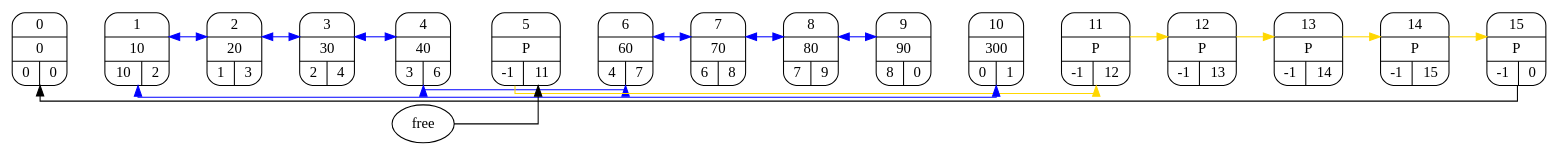
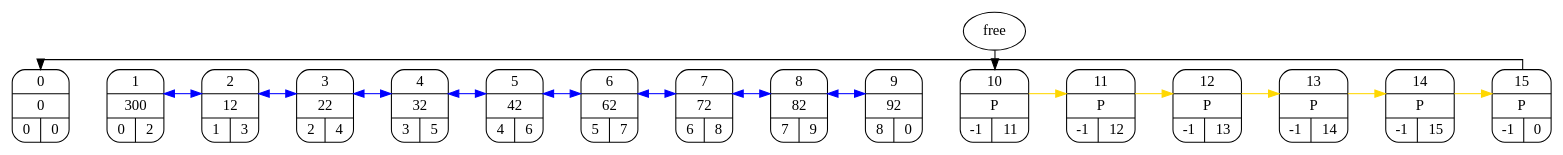
One commit to egorSharapov/List changed the diagram in out/input.dot. Above: the diagram before and after it, drawn with Graphviz. The commit also changed 5 other files, not shown here.

```diff
--- a/out/input.dot
+++ b/out/input.dot
@@ -1,44 +1,51 @@
 digraph {
-    splines=ortho;
-    node [nodesep = 0.8, width = 0.5];
-    rankdir=LR;
-    struct0 [shape= Mrecord, label = "0|0|{0|0}"];
-    struct1 [shape= Mrecord, label = "1|10|{10|2}"];
-    struct2 [shape= Mrecord, label = "2|20|{1|3}"];
-    struct3 [shape= Mrecord, label = "3|30|{2|4}"];
-    struct4 [shape= Mrecord, label = "4|40|{3|6}"];
-    struct5 [shape= Mrecord, label = "5|P|{-1|11}"];
-    struct6 [shape= Mrecord, label = "6|60|{4|7}"];
-    struct7 [shape= Mrecord, label = "7|70|{6|8}"];
-    struct8 [shape= Mrecord, label = "8|80|{7|9}"];
-    struct9 [shape= Mrecord, label = "9|90|{8|0}"];
-    struct10 [shape= Mrecord, label = "10|300|{0|1}"];
-    struct11 [shape= Mrecord, label = "11|P|{-1|12}"];
-    struct12 [shape= Mrecord, label = "12|P|{-1|13}"];
-    struct13 [shape= Mrecord, label = "13|P|{-1|14}"];
-    struct14 [shape= Mrecord, label = "14|P|{-1|15}"];
-    struct15 [shape= Mrecord, label = "15|P|{-1|0}"];
+    splines=ortho
+    rankdir=LR
+    struct0 [shape= Mrecord, label = "0|0|{0|0}"]
+    struct1 [shape= Mrecord, label = "1|300|{0|2}"]
+    struct2 [shape= Mrecord, label = "2|12|{1|3}"]
+    struct3 [shape= Mrecord, label = "3|22|{2|4}"]
+    struct4 [shape= Mrecord, label = "4|32|{3|5}"]
+    struct5 [shape= Mrecord, label = "5|42|{4|6}"]
+    struct6 [shape= Mrecord, label = "6|62|{5|7}"]
+    struct7 [shape= Mrecord, label = "7|72|{6|8}"]
+    struct8 [shape= Mrecord, label = "8|82|{7|9}"]
+    struct9 [shape= Mrecord, label = "9|92|{8|0}"]
+    struct10 [shape= Mrecord, label = "10|P|{-1|11}"]
+    struct11 [shape= Mrecord, label = "11|P|{-1|12}"]
+    struct12 [shape= Mrecord, label = "12|P|{-1|13}"]
+    struct13 [shape= Mrecord, label = "13|P|{-1|14}"]
+    struct14 [shape= Mrecord, label = "14|P|{-1|15}"]
+    struct15 [shape= Mrecord, label = "15|P|{-1|0}"]
 
-    struct0 -> struct1 [style = "invis", weight = 300]
-    struct1 -> struct2 [style = "invis", weight = 300]
-    struct2 -> struct3 [style = "invis", weight = 300]
-    struct3 -> struct4 [style = "invis", weight = 300]
-    struct4 -> struct5 [style = "invis", weight = 300]
-    struct5 -> struct6 [style = "invis", weight = 300]
-    struct6 -> struct7 [style = "invis", weight = 300]
-    struct7 -> struct8 [style = "invis", weight = 300]
-    struct8 -> struct9 [style = "invis", weight = 300]
-    struct9 -> struct10 [style = "invis", weight = 300]
-    struct10 -> struct11 [style = "invis", weight = 300]
-    struct11 -> struct12 [style = "invis", weight = 300]
-    struct12 -> struct13 [style = "invis", weight = 300]
-    struct13 -> struct14 [style = "invis", weight = 300]
-    struct14 -> struct15 [style = "invis", weight = 300]
+    struct0 -> struct1 [style = "invis", weight = 200]
+    struct1 -> struct2 [style = "invis", weight = 200]
+    struct2 -> struct3 [style = "invis", weight = 200]
+    struct3 -> struct4 [style = "invis", weight = 200]
+    struct4 -> struct5 [style = "invis", weight = 200]
+    struct5 -> struct6 [style = "invis", weight = 200]
+    struct6 -> struct7 [style = "invis", weight = 200]
+    struct7 -> struct8 [style = "invis", weight = 200]
+    struct8 -> struct9 [style = "invis", weight = 200]
+    struct9 -> struct10 [style = "invis", weight = 200]
+    struct10 -> struct11 [style = "invis", weight = 200]
+    struct11 -> struct12 [style = "invis", weight = 200]
+    struct12 -> struct13 [style = "invis", weight = 200]
+    struct13 -> struct14 [style = "invis", weight = 200]
+    struct14 -> struct15 [style = "invis", weight = 200]
     
-    free->struct5 [weight = 1]
+    free->struct10 {rank = same; free; struct10;}
     edge [dir = both, color = blue]
-    struct10 ->struct1 ->struct2 ->struct3 ->struct4 ->struct6 ->struct7 ->struct8 ->struct9;
+    struct1 -> struct2 [splines = ortho]
+    struct2 -> struct3 [splines = ortho]
+    struct3 -> struct4 [splines = ortho]
+    struct4 -> struct5 [splines = ortho]
+    struct5 -> struct6 [splines = ortho]
+    struct6 -> struct7 [splines = ortho]
+    struct7 -> struct8 [splines = ortho]
+    struct8 -> struct9 [splines = ortho]
+    
     edge [dir = right, color = gold]
-    struct5 ->struct11 ->struct12 ->struct13 ->struct14 ->struct15;
-    struct15 -> struct0 [color = black];
+    struct10 ->struct11 ->struct12 ->struct13 ->struct14 ->struct15
+    struct15 -> struct0 [splines = ortho, color = black]
 }
```
